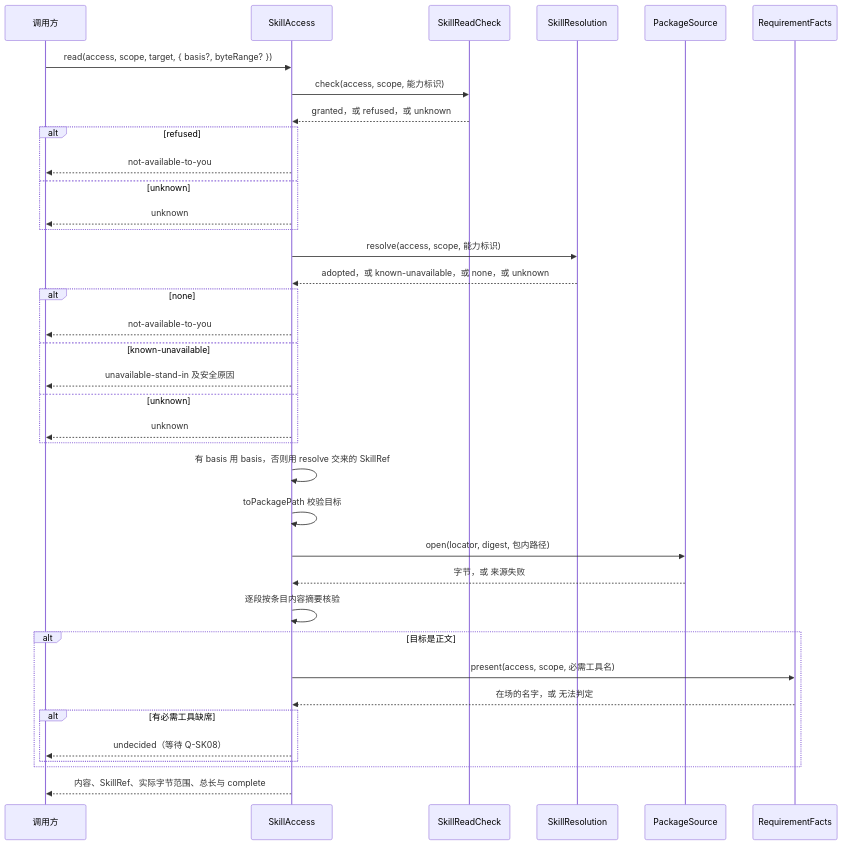
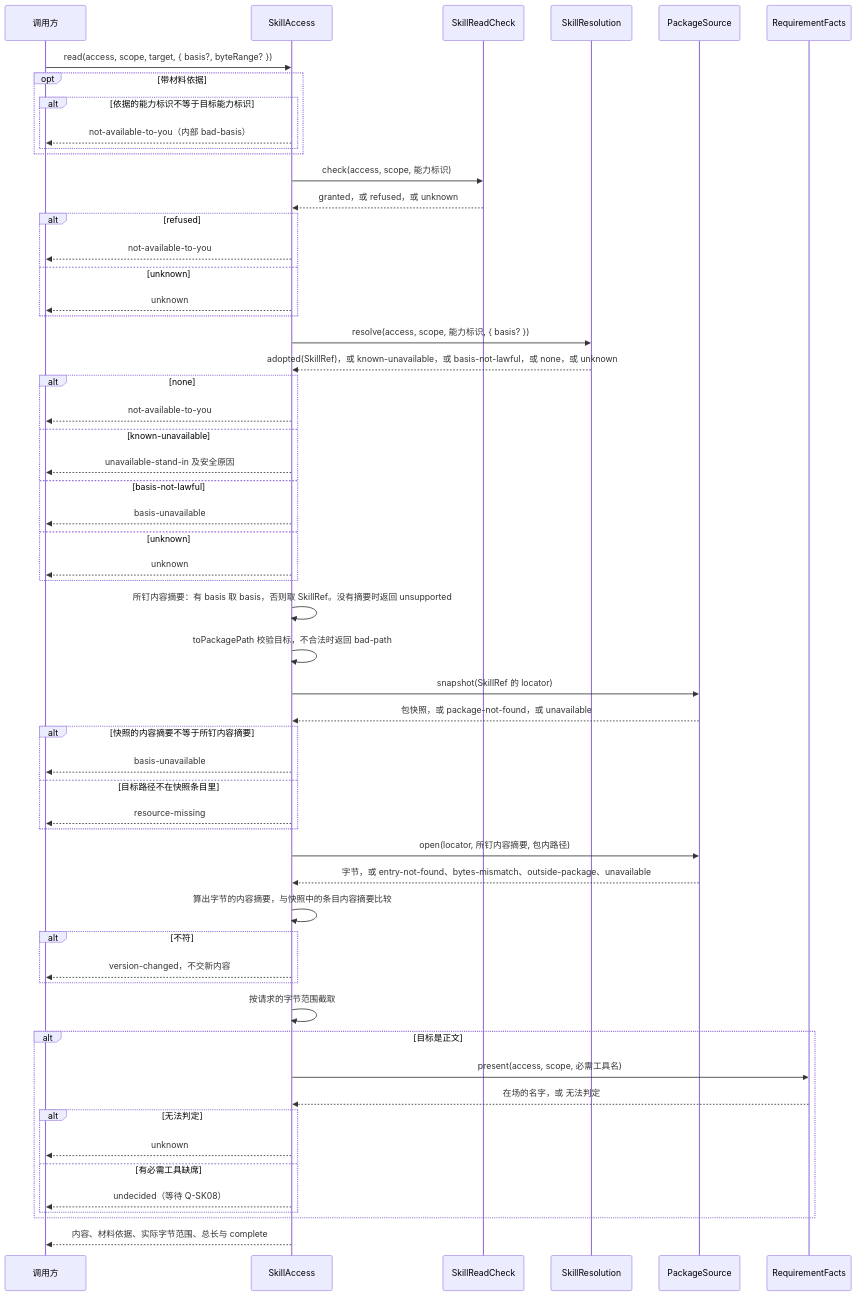
One commit to nemori-ai/omne-harness-lite changed the diagram in packages/skills/docs/key-flows.md. Above: the diagram before and after it, drawn with Mermaid. The commit also changed other lines of this file and 4 other files, not shown here.

````diff
--- a/packages/skills/docs/key-flows.md
+++ b/packages/skills/docs/key-flows.md
@@ -19,39 +19,59 @@
 ```mermaid
 sequenceDiagram
   participant C as 调用方
   participant A as SkillAccess
   participant E as SkillReadCheck
   participant V as SkillResolution
   participant S as PackageSource
   participant F as RequirementFacts
   C->>A: read(access, scope, target, { basis?, byteRange? })
+  opt 带材料依据
+    alt 依据的能力标识不等于目标能力标识
+      A-->>C: not-available-to-you（内部 bad-basis）
+    end
+  end
   A->>E: check(access, scope, 能力标识)
   E-->>A: granted，或 refused，或 unknown
   alt refused
     A-->>C: not-available-to-you
   else unknown
     A-->>C: unknown
   end
-  A->>V: resolve(access, scope, 能力标识)
-  V-->>A: adopted，或 known-unavailable，或 none，或 unknown
+  A->>V: resolve(access, scope, 能力标识, { basis? })
+  V-->>A: adopted(SkillRef)，或 known-unavailable，或 basis-not-lawful，或 none，或 unknown
   alt none
     A-->>C: not-available-to-you
   else known-unavailable
     A-->>C: unavailable-stand-in 及安全原因
+  else basis-not-lawful
+    A-->>C: basis-unavailable
   else unknown
     A-->>C: unknown
   end
-  A->>A: 有 basis 用 basis，否则用 resolve 交来的 SkillRef
-  A->>A: toPackagePath 校验目标
-  A->>S: open(locator, digest, 包内路径)
-  S-->>A: 字节，或 来源失败
-  A->>A: 逐段按条目内容摘要核验
+  A->>A: 所钉内容摘要：有 basis 取 basis，否则取 SkillRef。没有摘要时返回 unsupported
+  A->>A: toPackagePath 校验目标，不合法时返回 bad-path
+  A->>S: snapshot(SkillRef 的 locator)
+  S-->>A: 包快照，或 package-not-found，或 unavailable
+  alt 快照的内容摘要不等于所钉内容摘要
+    A-->>C: basis-unavailable
+  else 目标路径不在快照条目里
+    A-->>C: resource-missing
+  end
+  A->>S: open(locator, 所钉内容摘要, 包内路径)
+  S-->>A: 字节，或 entry-not-found、bytes-mismatch、outside-package、unavailable
+  A->>A: 算出字节的内容摘要，与快照中的条目内容摘要比较
+  alt 不符
+    A-->>C: version-changed，不交新内容
+  end
+  A->>A: 按请求的字节范围截取
   alt 目标是正文
     A->>F: present(access, scope, 必需工具名)
     F-->>A: 在场的名字，或 无法判定
-    alt 有必需工具缺席
+    alt 无法判定
+      A-->>C: unknown
+    else 有必需工具缺席
       A-->>C: undecided（等待 Q-SK08）
     end
   end
-  A-->>C: 内容、SkillRef、实际字节范围、总长与 complete
+  A-->>C: 内容、材料依据、实际字节范围、总长与 complete
 ```
````
